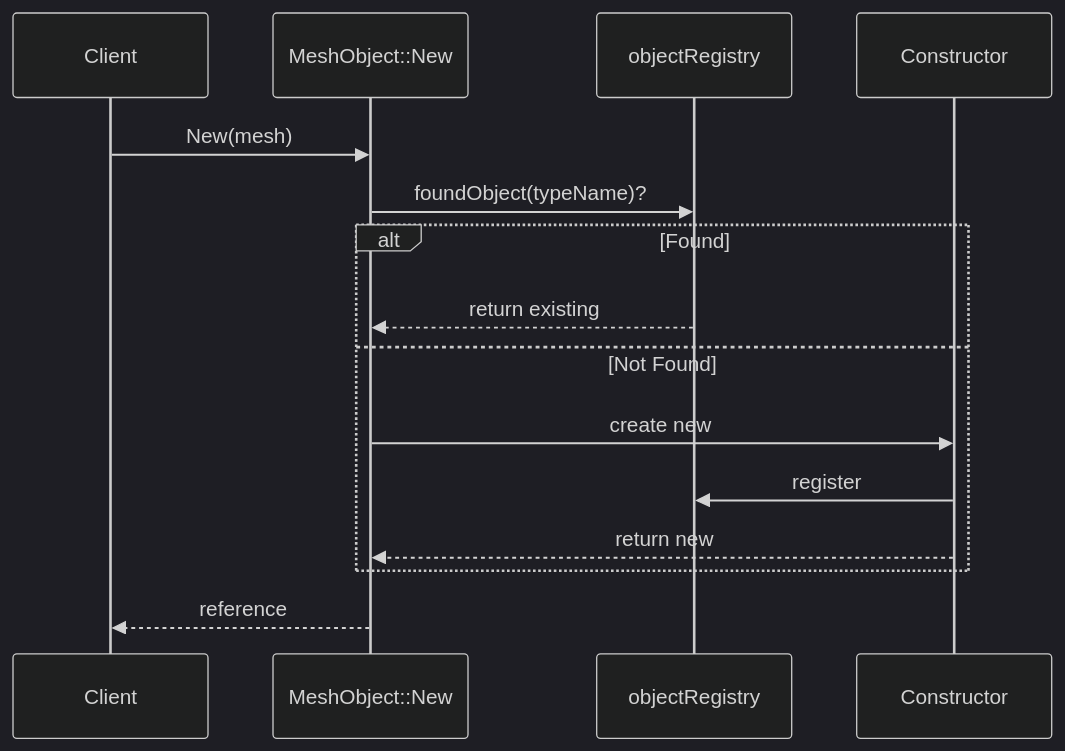
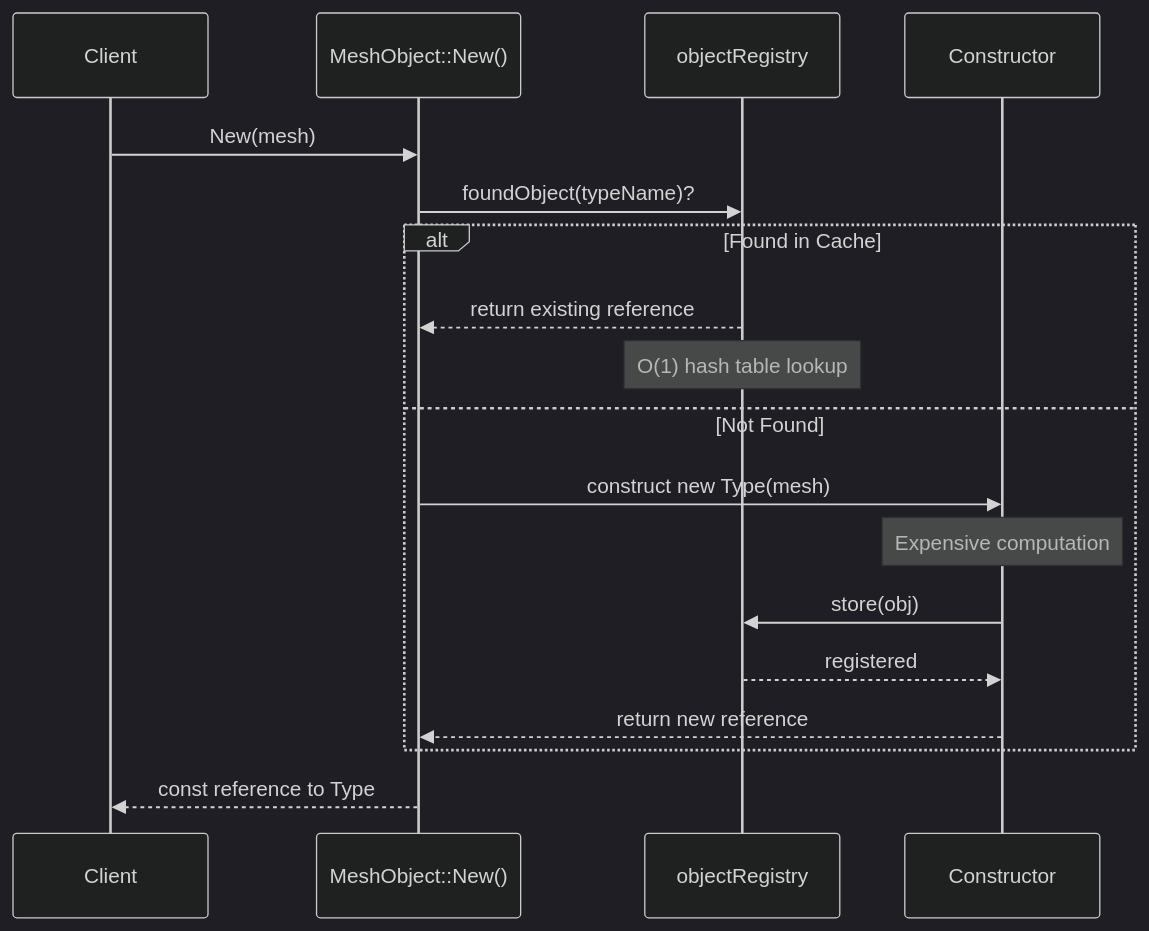
The second of 3 diagrams in MODULE_10_CFD_ENGINE_DEVELOPMENT/CONTENT/02_ADVANCED_PATTERNS/03_Singleton_MeshObject.md (wramet/build-my-cfd), drawn with Mermaid (dark theme) before and after one commit. The commit also changed other lines of this file and 203 other files, not shown here.

````diff
--- a/MODULE_10_CFD_ENGINE_DEVELOPMENT/CONTENT/02_ADVANCED_PATTERNS/03_Singleton_MeshObject.md
+++ b/MODULE_10_CFD_ENGINE_DEVELOPMENT/CONTENT/02_ADVANCED_PATTERNS/03_Singleton_MeshObject.md
@@ -53,18 +89,23 @@
 ```mermaid
 sequenceDiagram
     participant Client
-    participant MeshObject as MeshObject::New
+    participant MeshObject as MeshObject::New()
     participant Registry as objectRegistry
     participant Factory as Constructor
     
     Client->>MeshObject: New(mesh)
     MeshObject->>Registry: foundObject(typeName)?
-    alt Found
-        Registry-->>MeshObject: return existing
+    
+    alt Found in Cache
+        Registry-->>MeshObject: return existing reference
+        Note over Registry: O(1) hash table lookup
     else Not Found
-        MeshObject->>Factory: create new
-        Factory->>Registry: register
-        Factory-->>MeshObject: return new
+        MeshObject->>Factory: construct new Type(mesh)
+        Note over Factory: Expensive computation
+        Factory->>Registry: store(obj)
+        Registry-->>Factory: registered
+        Factory-->>MeshObject: return new reference
     end
-    MeshObject-->>Client: reference
+    
+    MeshObject-->>Client: const reference to Type
 ```
````
